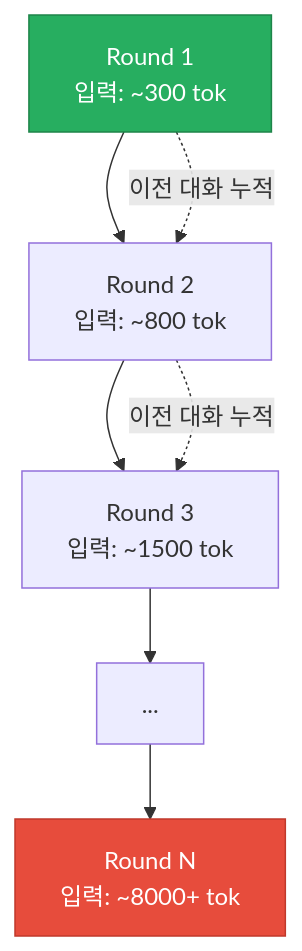
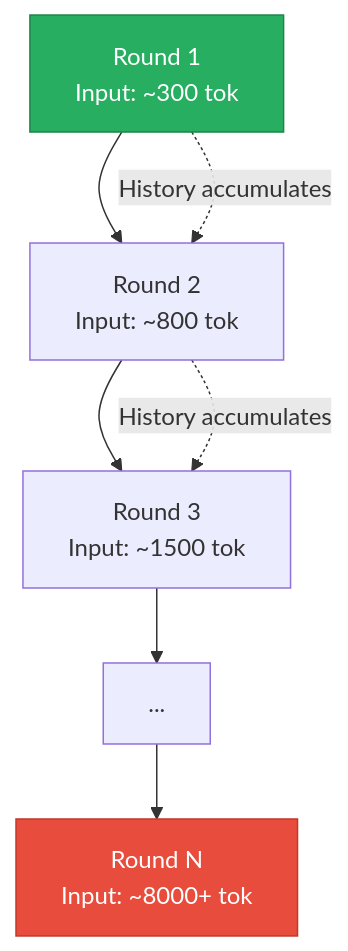
One commit to rockyRunnr/rockyRunnr.github.io changed the second of 2 diagrams in _posts/2026-02-25-ollama-bench-tool.md. Above: the diagram before and after it, drawn with Mermaid. The commit also changed other lines of this file and 1 other file, not shown here.

````diff
--- a/_posts/2026-02-25-ollama-bench-tool.md
+++ b/_posts/2026-02-25-ollama-bench-tool.md
@@ -102,13 +102,13 @@
 ```mermaid
 flowchart TD
-    R1["Round 1<br/>입력: ~300 tok"] --> R2["Round 2<br/>입력: ~800 tok"]
-    R2 --> R3["Round 3<br/>입력: ~1500 tok"]
+    R1["Round 1<br/>Input: ~300 tok"] --> R2["Round 2<br/>Input: ~800 tok"]
+    R2 --> R3["Round 3<br/>Input: ~1500 tok"]
     R3 --> R4["..."]
-    R4 --> RN["Round N<br/>입력: ~8000+ tok"]
+    R4 --> RN["Round N<br/>Input: ~8000+ tok"]
 
-    R1 -.->|"이전 대화 누적"| R2
-    R2 -.->|"이전 대화 누적"| R3
+    R1 -.->|"History accumulates"| R2
+    R2 -.->|"History accumulates"| R3
 
     style R1 fill:#27ae60,stroke:#1e8449,color:#fff
     style RN fill:#e74c3c,stroke:#c0392b,color:#fff
 ```
````
